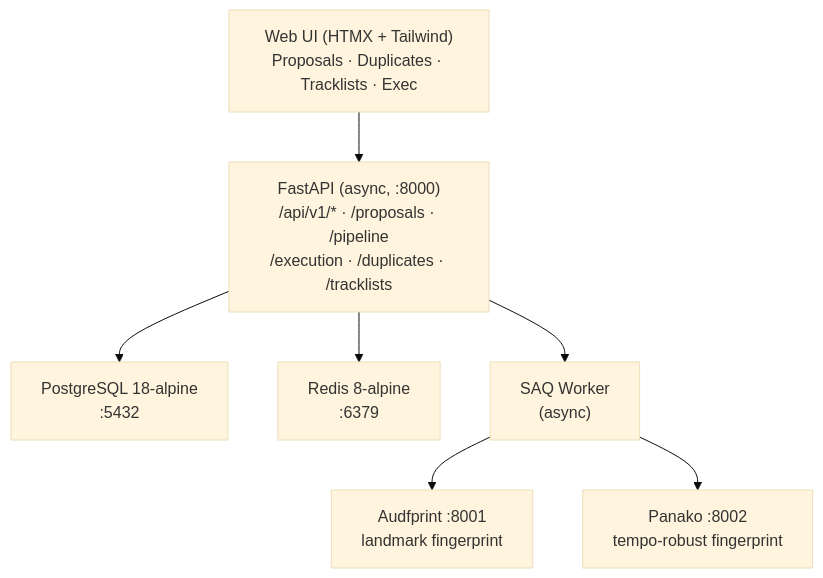
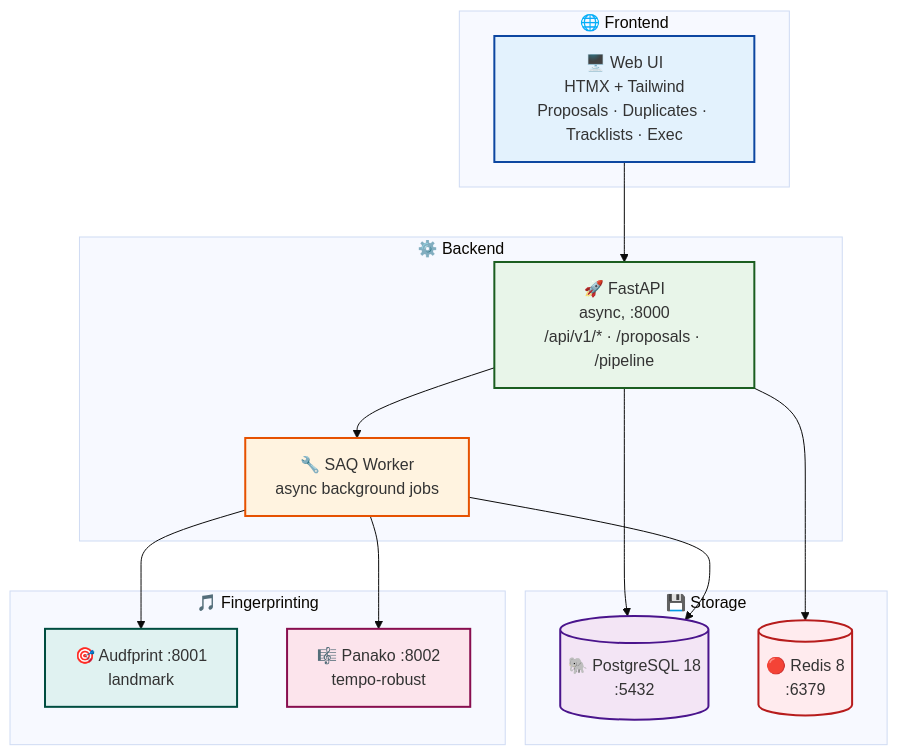
One commit to SimplicityGuy/phaze changed the first of 2 diagrams in README.md. Above: the diagram before and after it, drawn with Mermaid (base theme). The commit also changed other lines of this file, not shown here.

````diff
--- a/README.md
+++ b/README.md
@@ -36,17 +62,37 @@
 ```mermaid
 graph TD
-    UI["Web UI (HTMX + Tailwind)<br/>Proposals · Duplicates · Tracklists · Exec"]
-    API["FastAPI (async, :8000)<br/>/api/v1/* · /proposals · /pipeline<br/>/execution · /duplicates · /tracklists"]
-    PG["PostgreSQL 18-alpine<br/>:5432"]
-    REDIS["Redis 8-alpine<br/>:6379"]
-    WORKER["SAQ Worker<br/>(async)"]
-    AUD["Audfprint :8001<br/>landmark fingerprint"]
-    PAN["Panako :8002<br/>tempo-robust fingerprint"]
+    subgraph Frontend ["🌐 Frontend"]
+        UI["🖥️ Web UI<br/>HTMX + Tailwind<br/>Proposals · Duplicates · Tracklists · Exec"]
+    end
+
+    subgraph Backend ["⚙️ Backend"]
+        API["🚀 FastAPI<br/>async, :8000<br/>/api/v1/* · /proposals · /pipeline"]
+        WORKER["🔧 SAQ Worker<br/>async background jobs"]
+    end
+
+    subgraph Storage ["💾 Storage"]
+        PG[("🐘 PostgreSQL 18<br/>:5432")]
+        REDIS[("🔴 Redis 8<br/>:6379")]
+    end
+
+    subgraph Fingerprint ["🎵 Fingerprinting"]
+        AUD["🎯 Audfprint :8001<br/>landmark"]
+        PAN["🎼 Panako :8002<br/>tempo-robust"]
+    end
 
     UI --> API
     API --> PG
     API --> REDIS
     API --> WORKER
     WORKER --> AUD
     WORKER --> PAN
+    WORKER --> PG
+
+    style UI fill:#e3f2fd,stroke:#0d47a1,stroke-width:2px
+    style API fill:#e8f5e9,stroke:#1b5e20,stroke-width:2px
+    style WORKER fill:#fff3e0,stroke:#e65100,stroke-width:2px
+    style PG fill:#f3e5f5,stroke:#4a148c,stroke-width:2px
+    style REDIS fill:#ffebee,stroke:#b71c1c,stroke-width:2px
+    style AUD fill:#e0f2f1,stroke:#004d40,stroke-width:2px
+    style PAN fill:#fce4ec,stroke:#880e4f,stroke-width:2px
 ```
````
